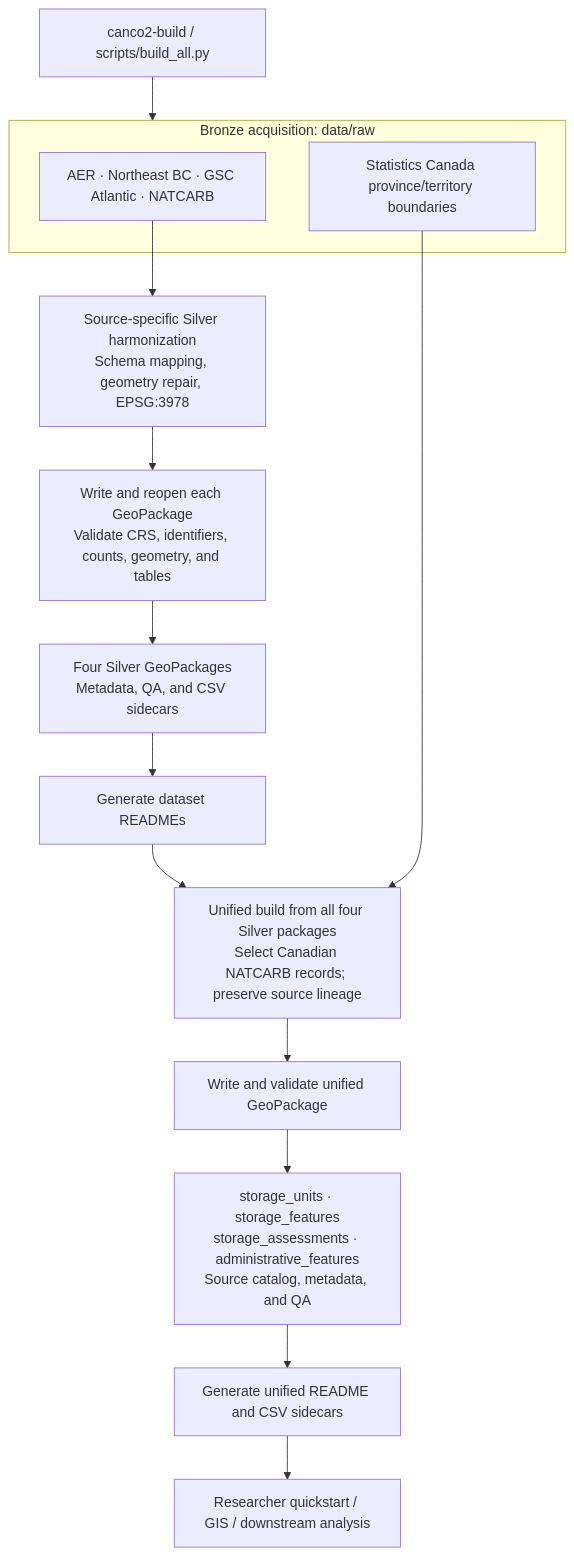
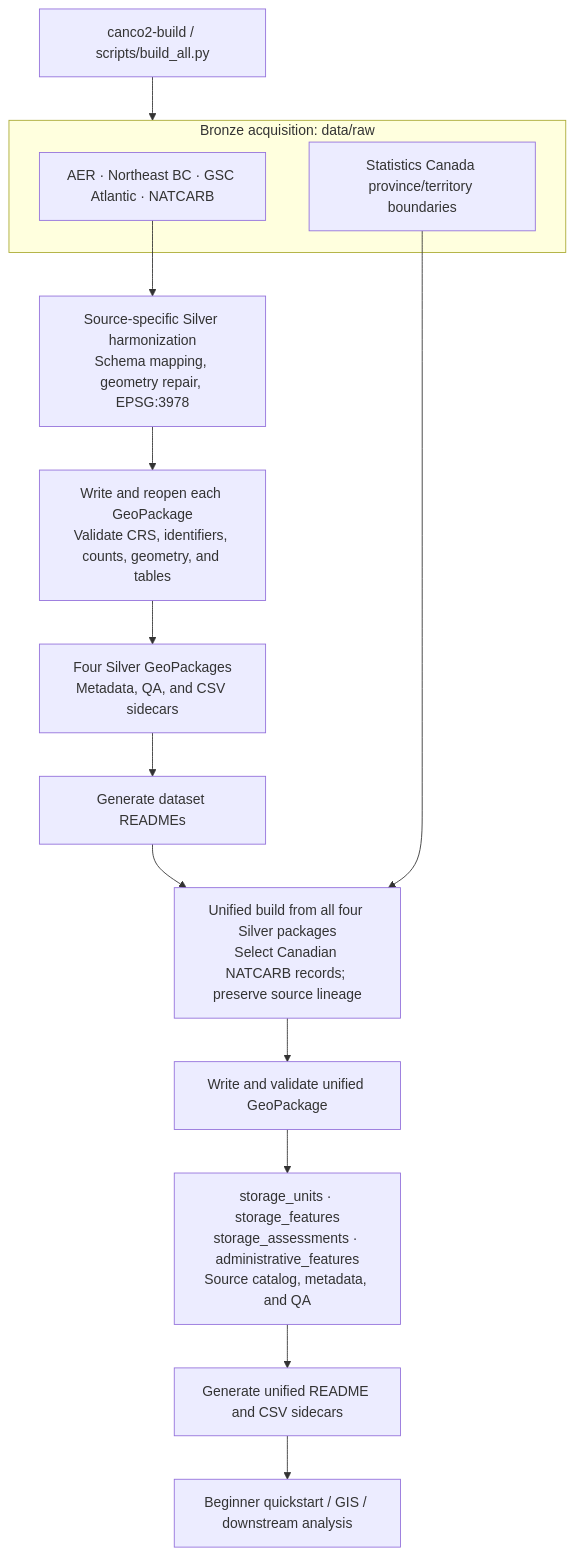
The diagram in docs/workflow.md (andrew-vigars/canco2-storage), drawn with Mermaid before and after one commit. The commit also changed other lines of this file and 7 other files, not shown here.

First line of the commit message:
docs: clarify unified schema and query semantics

````diff
--- a/docs/workflow.md
+++ b/docs/workflow.md
@@ -11,18 +11,18 @@
 ```mermaid
 flowchart TD
     Build["canco2-build / scripts/build_all.py"] --> Bronze
     subgraph Bronze["Bronze acquisition: data/raw"]
         Sources["AER · Northeast BC · GSC Atlantic · NATCARB"]
         Boundaries["Statistics Canada province/territory boundaries"]
     end
     Sources --> Harmonize["Source-specific Silver harmonization<br/>Schema mapping, geometry repair, EPSG:3978"]
     Harmonize --> SilverQA["Write and reopen each GeoPackage<br/>Validate CRS, identifiers, counts, geometry, and tables"]
     SilverQA --> Silver["Four Silver GeoPackages<br/>Metadata, QA, and CSV sidecars"]
     Silver --> SourceDocs["Generate dataset READMEs"]
     SourceDocs --> Unified["Unified build from all four Silver packages<br/>Select Canadian NATCARB records; preserve source lineage"]
     Boundaries --> Unified
     Unified --> UnifiedQA["Write and validate unified GeoPackage"]
     UnifiedQA --> Tables["storage_units · storage_features<br/>storage_assessments · administrative_features<br/>Source catalog, metadata, and QA"]
     Tables --> Docs["Generate unified README and CSV sidecars"]
-    Docs --> Research["Researcher quickstart / GIS / downstream analysis"]
+    Docs --> Research["Beginner quickstart / GIS / downstream analysis"]
 ```
````
